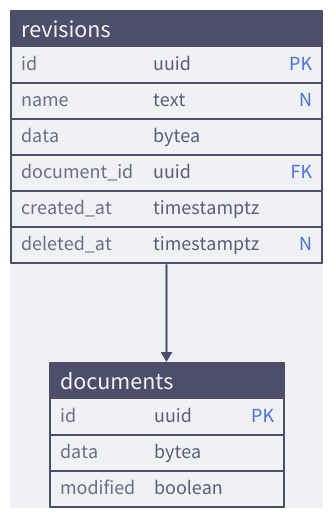
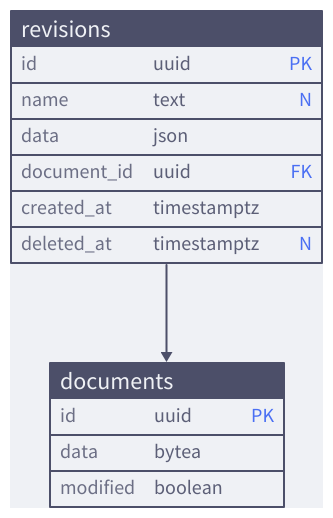
The diagram in docs/src/references/database/document.md (notopia-uit/notopia), drawn with D2 before and after one commit. The commit also changed 3 other files, not shown here.

Commit message:
feat(docs): update diagrams

````diff
--- a/docs/src/references/database/document.md
+++ b/docs/src/references/database/document.md
@@ -13,45 +13,45 @@
 ```d2
 vars: {
   d2-config: {
     layout-engine: elk
     theme-overrides: {
       N1: "#4c4f69"
       N2: "#5c5f77"
       N4: "#acb0be"
       N5: "#ccd0da"
       N7: "#eff1f5"
       B1: "#4c4f69"
       B2: "#6c6f85"
       B3: "#bcc0cc"
       B4: "#ccd0da"
       B5: "#dce0e8"
       B6: "#eff1f5"
       AA4: "#1e66f5"
       AA5: "#7287fd"
       AB4: "#8839ef"
       AB5: "#dc8a78"
     }
   }
 }
 
 documents: {
   id: uuid {constraint: PK}
   data: bytea
   modified: boolean
 
   shape: sql_table
 }
 
 revisions: {
   id: uuid {constraint: PK}
   name: text {constraint: N}
-  data: bytea
+  data: json
   document_id: uuid {constraint: FK}
   created_at: timestamptz
   deleted_at: timestamptz {constraint: N}
 
   shape: sql_table
 }
 
 revisions.document_id -> documents.id
 ```
````
